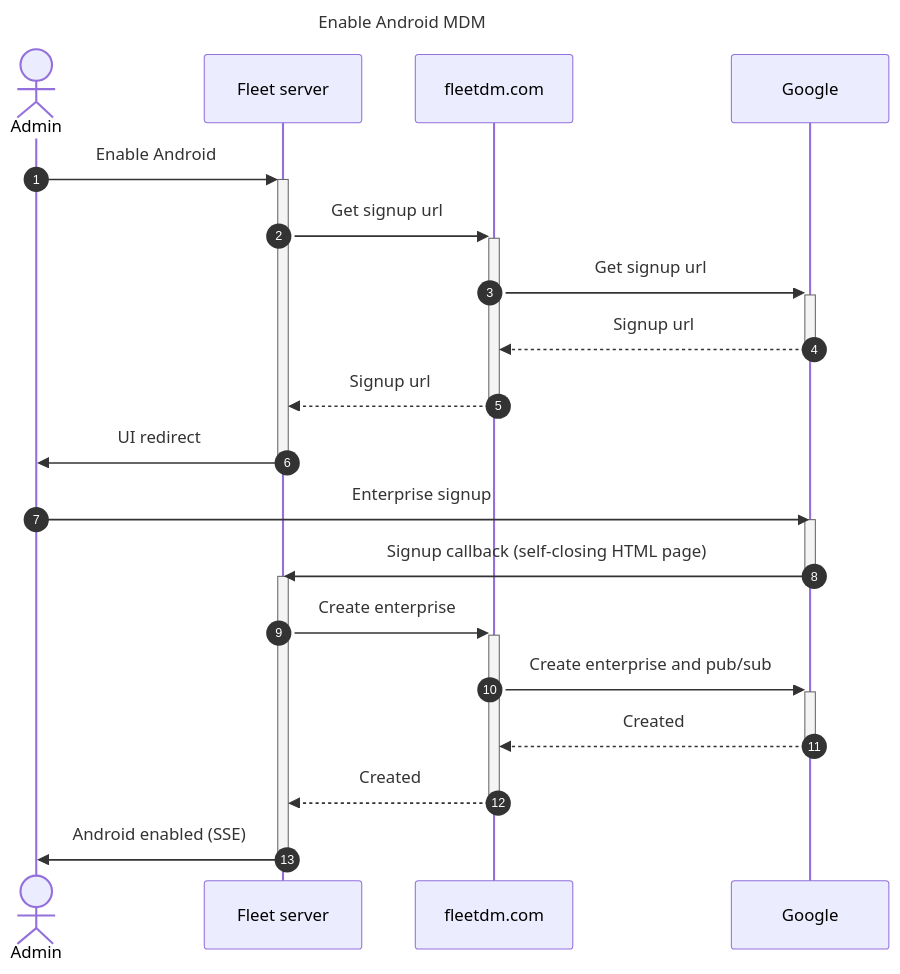
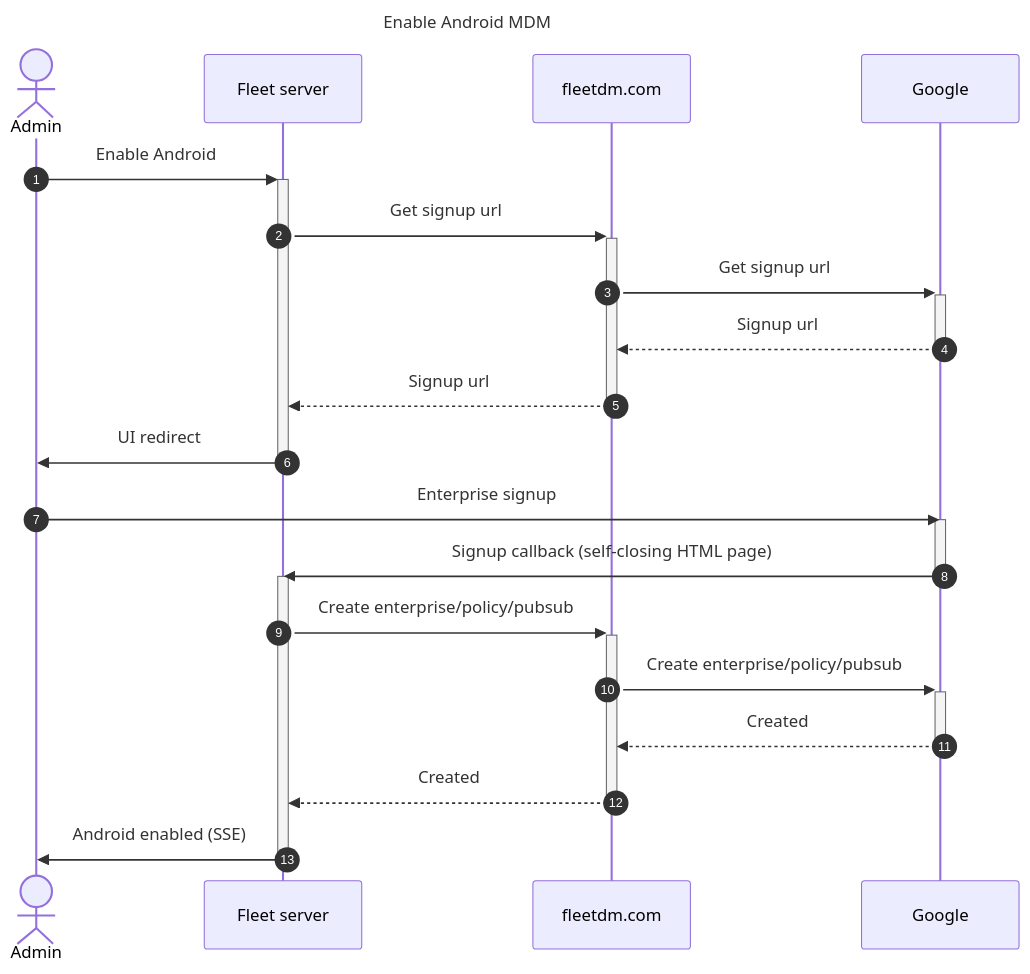
The first of 2 diagrams in docs/Contributing/MDM-Android.md (fleetdm/fleet), drawn with Mermaid before and after one commit.

Commit message:
Mention policy

````diff
--- a/docs/Contributing/MDM-Android.md
+++ b/docs/Contributing/MDM-Android.md
@@ -28,30 +28,30 @@
 ```mermaid
 ---
 title: Enable Android MDM
 ---
 sequenceDiagram
     autonumber
     actor Admin
     participant Fleet server
     participant fleetdm.com
     participant Google
 
     Admin->>+Fleet server: Enable Android
     Fleet server->>+fleetdm.com: Get signup url
     fleetdm.com->>+Google: Get signup url
     Google-->>-fleetdm.com: Signup url
     fleetdm.com-->>-Fleet server: Signup url
     Fleet server->>-Admin: UI redirect
 
     Admin->>Google: Enterprise signup
     activate Google
     Google->>Fleet server: Signup callback (self-closing HTML page)
     deactivate Google
     activate Fleet server
-    Fleet server->>+fleetdm.com: Create enterprise
-    fleetdm.com->>+Google: Create enterprise and pub/sub
+    Fleet server->>+fleetdm.com: Create enterprise/policy/pubsub
+    fleetdm.com->>+Google: Create enterprise/policy/pubsub
     Google-->>-fleetdm.com: Created
     fleetdm.com-->>-Fleet server: Created
     Fleet server->>Admin: Android enabled (SSE)
     deactivate Fleet server
 ```
````
